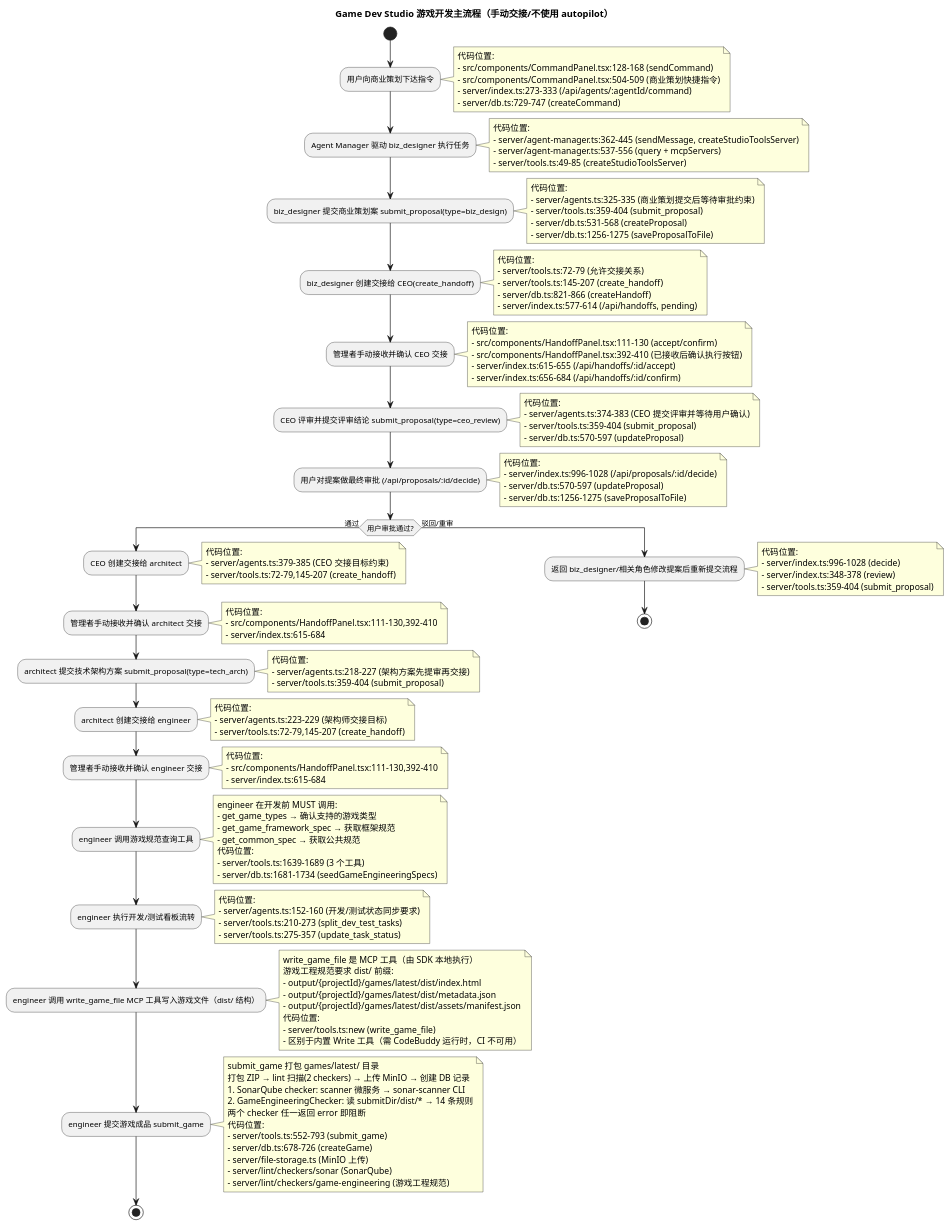
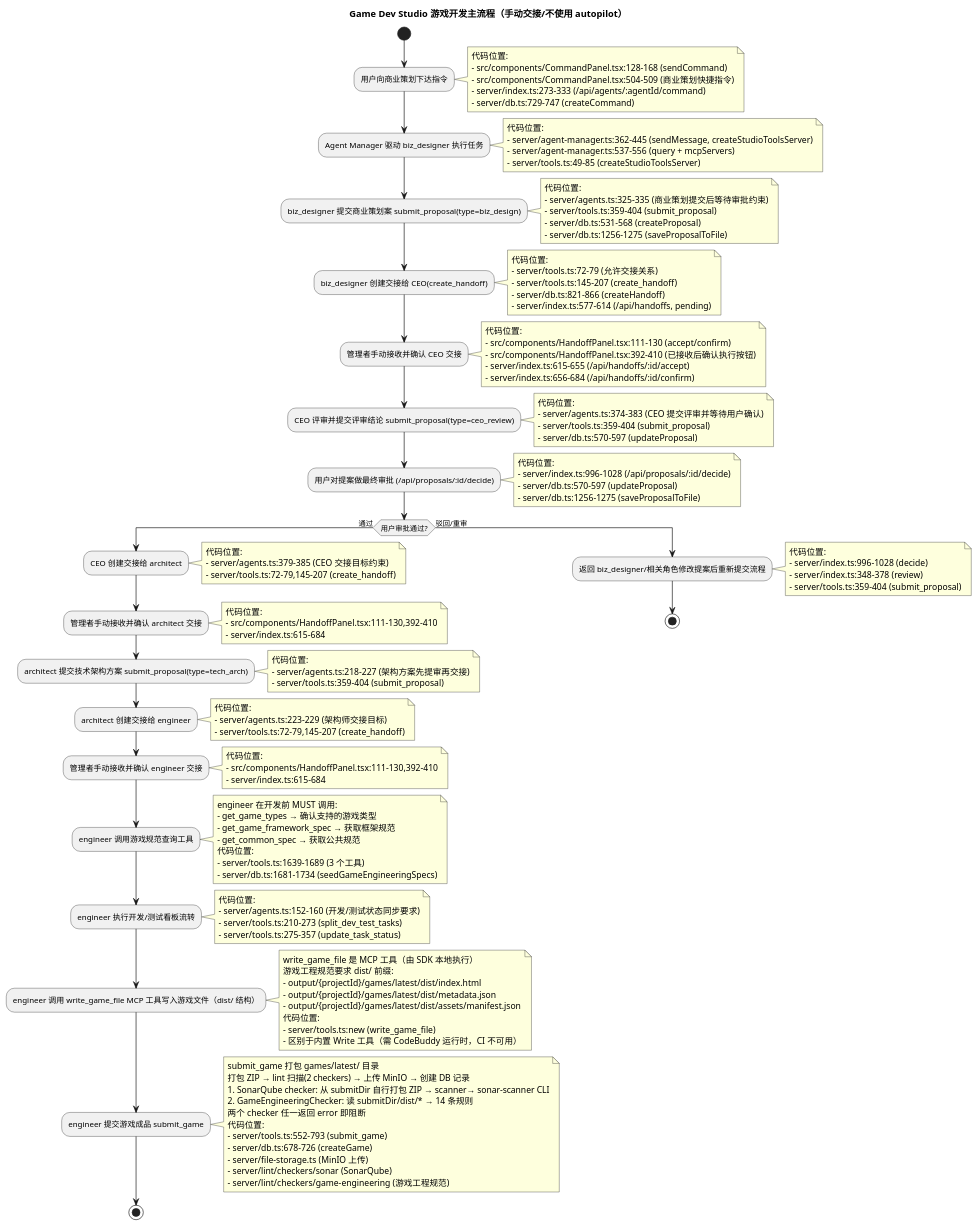
The diagram in .agent/diagrams/game-dev-main-flow-manual-handoff.puml (luoxiaojun1992/game-studio), drawn with PlantUML before and after one commit. The commit also changed 2 other files, not shown here.

```diff
--- a/.agent/diagrams/game-dev-main-flow-manual-handoff.puml
+++ b/.agent/diagrams/game-dev-main-flow-manual-handoff.puml
@@ -1,160 +1,160 @@
 @startuml
 title Game Dev Studio 游戏开发主流程（手动交接/不使用 autopilot）
 
 start
 
 :用户向商业策划下达指令;
 note right
   代码位置:
   - src/components/CommandPanel.tsx:128-168 (sendCommand)
   - src/components/CommandPanel.tsx:504-509 (商业策划快捷指令)
   - server/index.ts:273-333 (/api/agents/:agentId/command)
   - server/db.ts:729-747 (createCommand)
 end note
 
 :Agent Manager 驱动 biz_designer 执行任务;
 note right
   代码位置:
   - server/agent-manager.ts:362-445 (sendMessage, createStudioToolsServer)
   - server/agent-manager.ts:537-556 (query + mcpServers)
   - server/tools.ts:49-85 (createStudioToolsServer)
 end note
 
 :biz_designer 提交商业策划案 submit_proposal(type=biz_design);
 note right
   代码位置:
   - server/agents.ts:325-335 (商业策划提交后等待审批约束)
   - server/tools.ts:359-404 (submit_proposal)
   - server/db.ts:531-568 (createProposal)
   - server/db.ts:1256-1275 (saveProposalToFile)
 end note
 
 :biz_designer 创建交接给 CEO(create_handoff);
 note right
   代码位置:
   - server/tools.ts:72-79 (允许交接关系)
   - server/tools.ts:145-207 (create_handoff)
   - server/db.ts:821-866 (createHandoff)
   - server/index.ts:577-614 (/api/handoffs, pending)
 end note
 
 :管理者手动接收并确认 CEO 交接;
 note right
   代码位置:
   - src/components/HandoffPanel.tsx:111-130 (accept/confirm)
   - src/components/HandoffPanel.tsx:392-410 (已接收后确认执行按钮)
   - server/index.ts:615-655 (/api/handoffs/:id/accept)
   - server/index.ts:656-684 (/api/handoffs/:id/confirm)
 end note
 
 :CEO 评审并提交评审结论 submit_proposal(type=ceo_review);
 note right
   代码位置:
   - server/agents.ts:374-383 (CEO 提交评审并等待用户确认)
   - server/tools.ts:359-404 (submit_proposal)
   - server/db.ts:570-597 (updateProposal)
 end note
 
 :用户对提案做最终审批 (/api/proposals/:id/decide);
 note right
   代码位置:
   - server/index.ts:996-1028 (/api/proposals/:id/decide)
   - server/db.ts:570-597 (updateProposal)
   - server/db.ts:1256-1275 (saveProposalToFile)
 end note
 
 if (用户审批通过?) then (通过)
   :CEO 创建交接给 architect;
   note right
     代码位置:
     - server/agents.ts:379-385 (CEO 交接目标约束)
     - server/tools.ts:72-79,145-207 (create_handoff)
   end note
 
   :管理者手动接收并确认 architect 交接;
   note right
     代码位置:
     - src/components/HandoffPanel.tsx:111-130,392-410
     - server/index.ts:615-684
   end note
 
   :architect 提交技术架构方案 submit_proposal(type=tech_arch);
   note right
     代码位置:
     - server/agents.ts:218-227 (架构方案先提审再交接)
     - server/tools.ts:359-404 (submit_proposal)
   end note
 
   :architect 创建交接给 engineer;
   note right
     代码位置:
     - server/agents.ts:223-229 (架构师交接目标)
     - server/tools.ts:72-79,145-207 (create_handoff)
   end note
 
   :管理者手动接收并确认 engineer 交接;
   note right
     代码位置:
     - src/components/HandoffPanel.tsx:111-130,392-410
     - server/index.ts:615-684
   end note
 
   :engineer 调用游戏规范查询工具;
   note right
     engineer 在开发前 MUST 调用:
     - get_game_types → 确认支持的游戏类型
     - get_game_framework_spec → 获取框架规范
     - get_common_spec → 获取公共规范
     代码位置:
     - server/tools.ts:1639-1689 (3 个工具)
     - server/db.ts:1681-1734 (seedGameEngineeringSpecs)
   end note
 
   :engineer 执行开发/测试看板流转;
   note right
     代码位置:
     - server/agents.ts:152-160 (开发/测试状态同步要求)
     - server/tools.ts:210-273 (split_dev_test_tasks)
     - server/tools.ts:275-357 (update_task_status)
   end note
 
   :engineer 调用 write_game_file MCP 工具写入游戏文件（dist/ 结构）;
   note right
     write_game_file 是 MCP 工具（由 SDK 本地执行）
     游戏工程规范要求 dist/ 前缀:
     - output/{projectId}/games/latest/dist/index.html
     - output/{projectId}/games/latest/dist/metadata.json
     - output/{projectId}/games/latest/dist/assets/manifest.json
     代码位置:
     - server/tools.ts:new (write_game_file)
     - 区别于内置 Write 工具（需 CodeBuddy 运行时，CI 不可用）
   end note
 
   :engineer 提交游戏成品 submit_game;
   note right
     submit_game 打包 games/latest/ 目录
     打包 ZIP → lint 扫描(2 checkers) → 上传 MinIO → 创建 DB 记录
-    1. SonarQube checker: scanner 微服务 → sonar-scanner CLI
+    1. SonarQube checker: 从 submitDir 自行打包 ZIP → scanner→ sonar-scanner CLI
     2. GameEngineeringChecker: 读 submitDir/dist/* → 14 条规则
     两个 checker 任一返回 error 即阻断
     代码位置:
     - server/tools.ts:552-793 (submit_game)
     - server/db.ts:678-726 (createGame)
     - server/file-storage.ts (MinIO 上传)
     - server/lint/checkers/sonar (SonarQube)
     - server/lint/checkers/game-engineering (游戏工程规范)
   end note
 
   stop
 else (驳回/重审)
   :返回 biz_designer/相关角色修改提案后重新提交流程;
   note right
     代码位置:
     - server/index.ts:996-1028 (decide)
     - server/index.ts:348-378 (review)
     - server/tools.ts:359-404 (submit_proposal)
   end note
   stop
 endif
 
 @enduml
```
